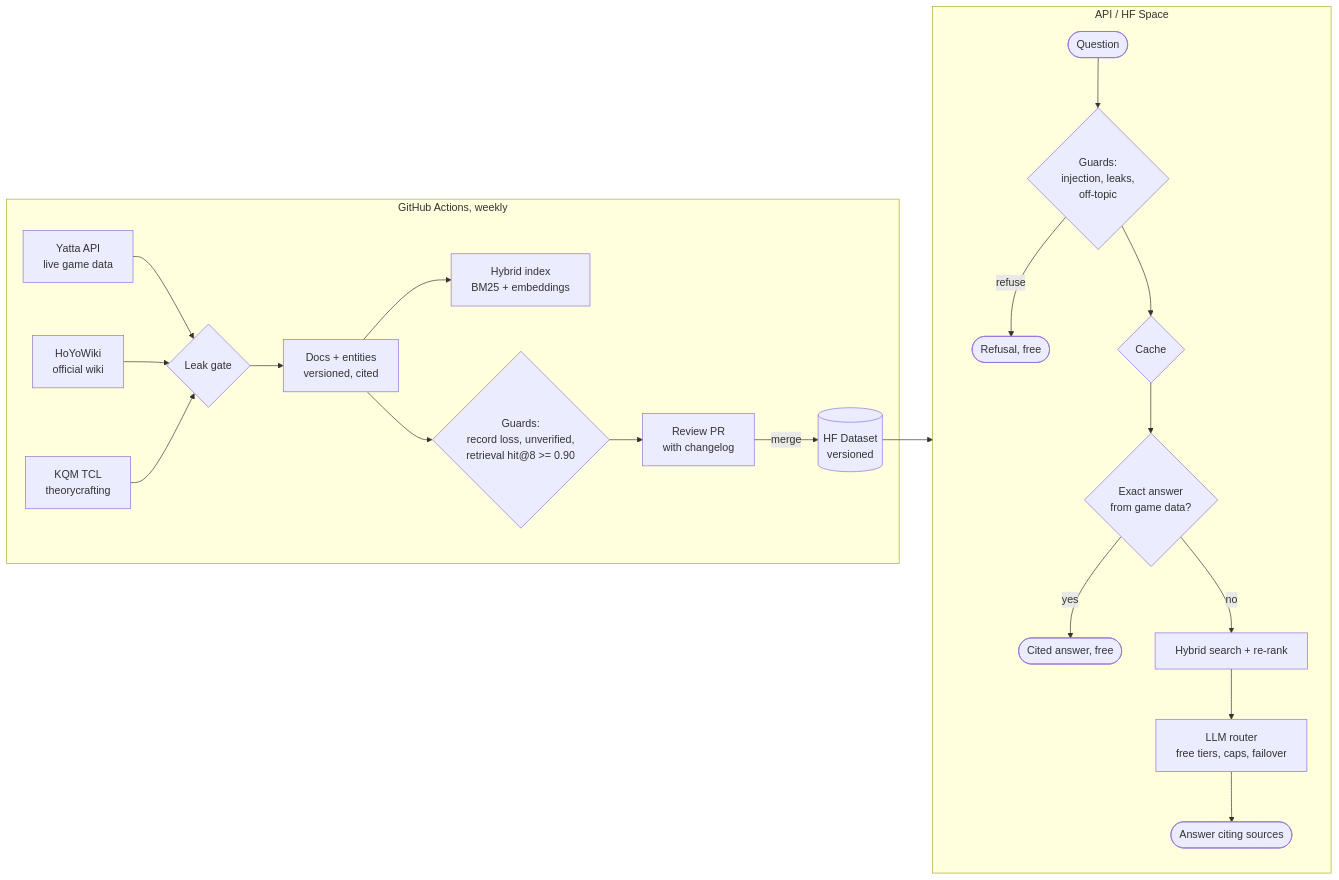
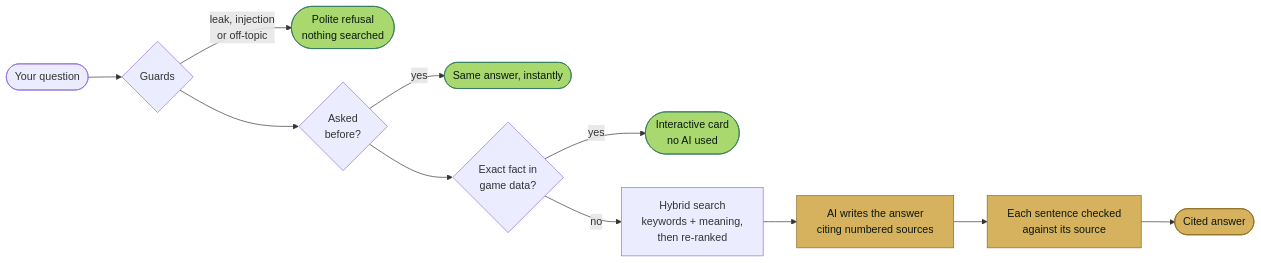
The first of 3 diagrams in README.md (MukulRay1603/Irminsul), drawn with Mermaid before and after one commit. The commit also changed other lines of this file and 21 other files, not shown here.

````diff
--- a/README.md
+++ b/README.md
@@ -37,24 +100,18 @@
 ```mermaid
 flowchart LR
-    subgraph Weekly corpus job [GitHub Actions, weekly]
-        Y[Yatta API<br/>live game data] --> G{Leak gate}
-        H[HoYoWiki<br/>official wiki] --> G
-        K[KQM TCL<br/>theorycrafting] --> G
-        G --> D[Docs + entities<br/>versioned, cited]
-        D --> X[Hybrid index<br/>BM25 + embeddings]
-        D --> Q{Guards:<br/>record loss, unverified,<br/>retrieval hit@8 >= 0.90}
-        Q --> PR[Review PR<br/>with changelog]
-        PR -->|merge| HF[(HF Dataset<br/>versioned)]
-    end
-    subgraph App [API / HF Space]
-        U([Question]) --> GU{Guards:<br/>injection, leaks,<br/>off-topic}
-        GU -->|refuse| R1([Refusal, free])
-        GU --> C{Cache}
-        C --> E{Exact answer<br/>from game data?}
-        E -->|yes| R2([Cited answer, free])
-        E -->|no| RAG[Hybrid search + re-rank]
-        RAG --> L[LLM router<br/>free tiers, caps, failover]
-        L --> R3([Answer citing sources])
-    end
-    HF --> App
+    Q([Your question]) --> G{Guards}
+    G -- leak, injection<br/>or off-topic --> R([Polite refusal<br/>nothing searched])
+    G --> C{Asked<br/>before?}
+    C -- yes --> A1([Same answer, instantly])
+    C --> E{Exact fact in<br/>game data?}
+    E -- yes --> A2([Interactive card<br/>no AI used])
+    E -- no --> S[Hybrid search<br/>keywords + meaning,<br/>then re-ranked]
+    S --> L[AI writes the answer<br/>citing numbered sources]
+    L --> V[Each sentence checked<br/>against its source]
+    V --> A3([Cited answer])
+
+    classDef free fill:#A9D86E,stroke:#2F7A5C,color:#0A1811
+    classDef ai fill:#D6B25E,stroke:#8A6A1E,color:#0A1811
+    class R,A1,A2 free
+    class L,V,A3 ai
 ```
````
